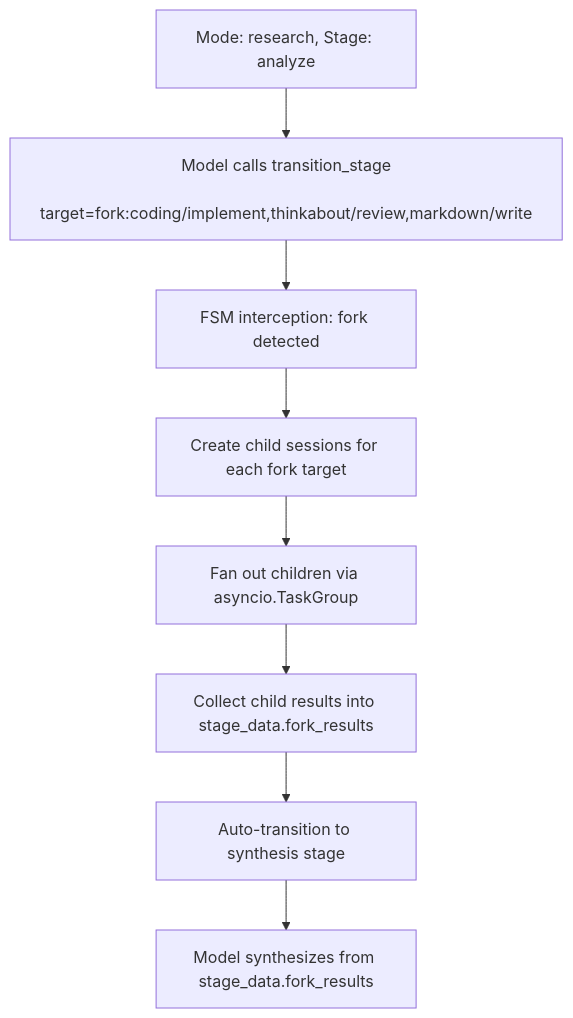
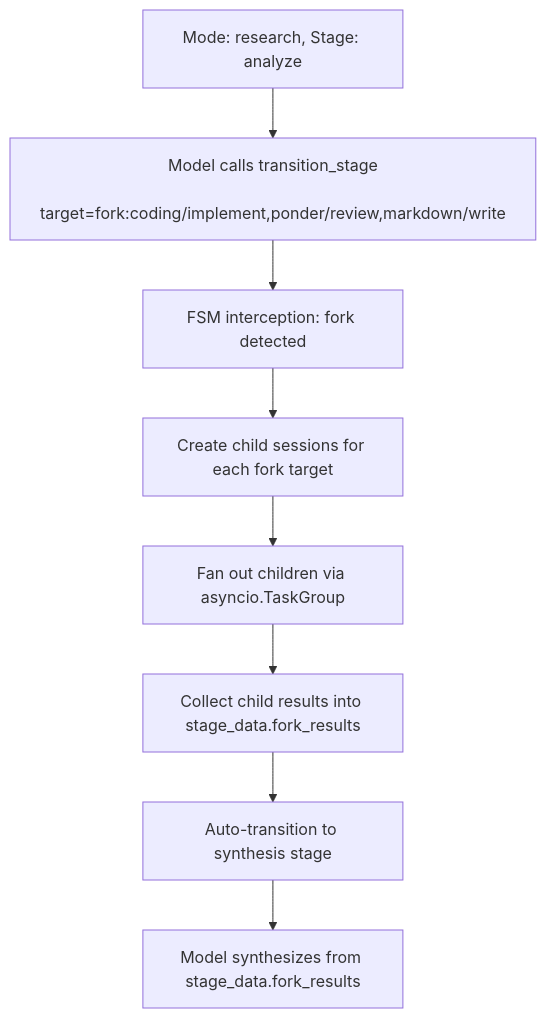
The third of 3 diagrams in docs/ROUTING_RFC_HANDOFF.md (Lisa-Harness/lisa), drawn with Mermaid before and after one commit. The commit also changed other lines of this file and 20 other files, not shown here.

First line of the commit message:
rename(thinkabout): rename thinkabout mode to ponder

````diff
--- a/docs/ROUTING_RFC_HANDOFF.md
+++ b/docs/ROUTING_RFC_HANDOFF.md
@@ -313,11 +313,11 @@
 ```mermaid
 flowchart TD
     A[Mode: research, Stage: analyze] --> B[Model calls transition_stage
-    target=fork:coding/implement,thinkabout/review,markdown/write]
+    target=fork:coding/implement,ponder/review,markdown/write]
     B --> C[FSM interception: fork detected]
     C --> D[Create child sessions for each fork target]
     D --> E[Fan out children via asyncio.TaskGroup]
     E --> F[Collect child results into stage_data.fork_results]
     F --> G[Auto-transition to synthesis stage]
     G --> H[Model synthesizes from stage_data.fork_results]
 ```
````
